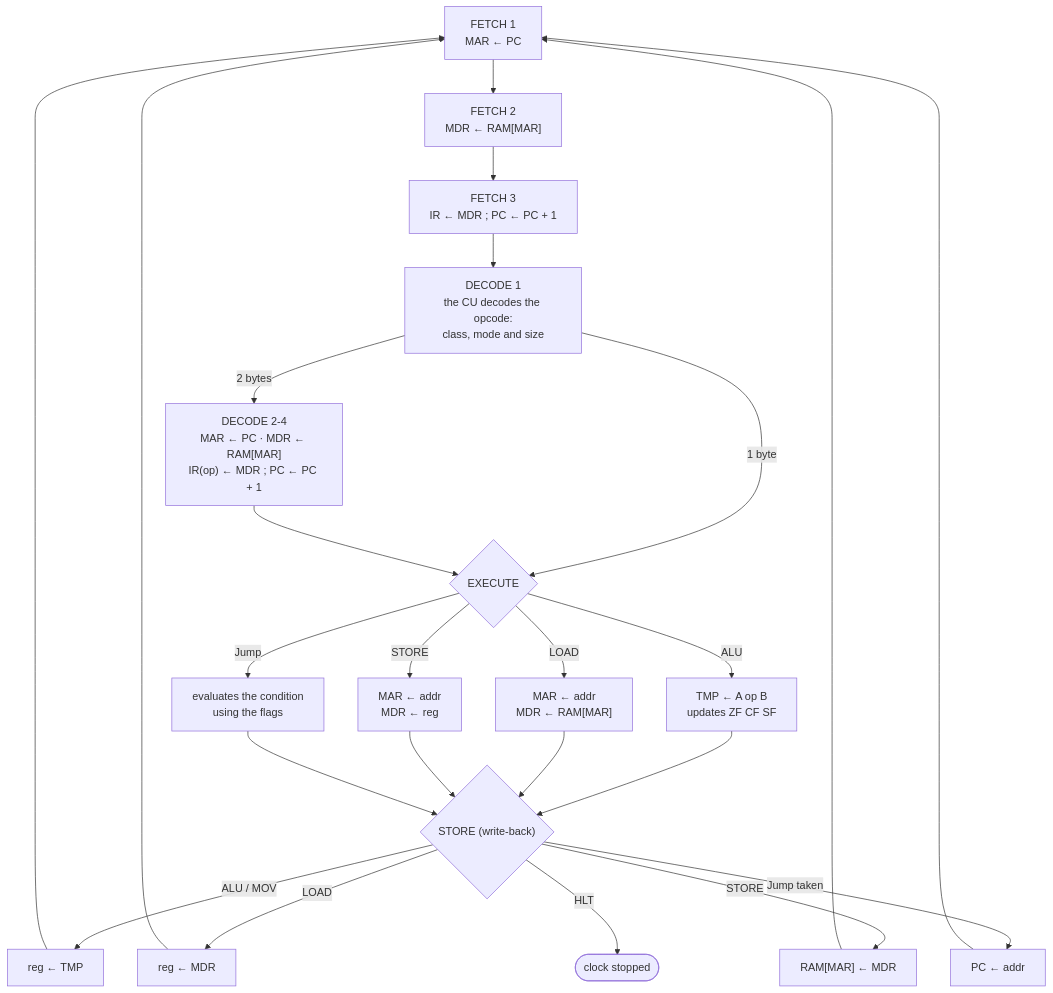
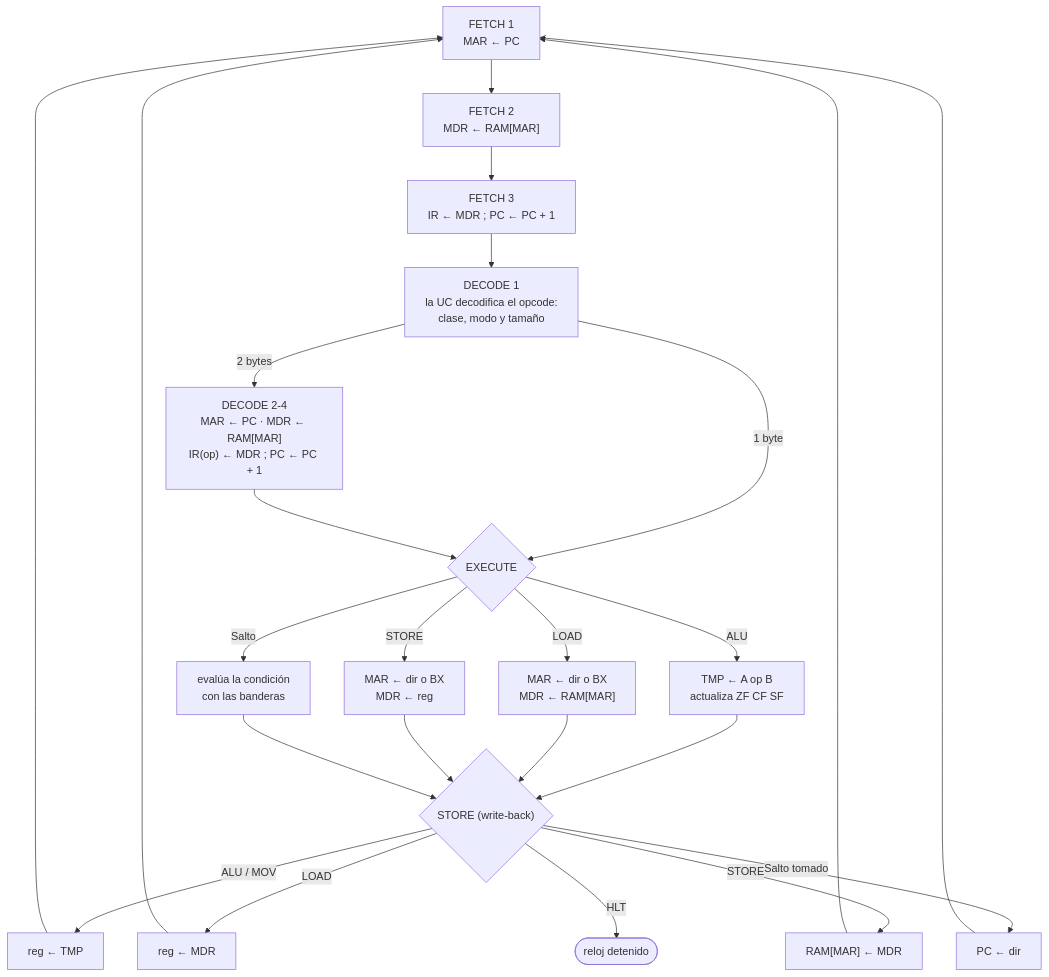
One commit to aliciabelaunde/Parcial-1-Arquitectura-de-computadoras changed the second of 2 diagrams in README.md. Above: the diagram before and after it, drawn with Mermaid. The commit also changed other lines of this file, not shown here.

````diff
--- a/README.md
+++ b/README.md
@@ -119,26 +133,26 @@
 ```mermaid
 flowchart TD
     F0["FETCH 1<br/>MAR ← PC"] --> F1["FETCH 2<br/>MDR ← RAM[MAR]"]
     F1 --> F2["FETCH 3<br/>IR ← MDR ; PC ← PC + 1"]
-    F2 --> D0["DECODE 1<br/>the CU decodes the opcode:<br/>class, mode and size"]
+    F2 --> D0["DECODE 1<br/>la UC decodifica el opcode:<br/>clase, modo y tamaño"]
     D0 -->|"2 bytes"| D1["DECODE 2-4<br/>MAR ← PC · MDR ← RAM[MAR]<br/>IR(op) ← MDR ; PC ← PC + 1"]
     D0 -->|"1 byte"| E
     D1 --> E{"EXECUTE"}
-    E -->|"ALU"| EA["TMP ← A op B<br/>updates ZF CF SF"]
-    E -->|"LOAD"| EL["MAR ← addr<br/>MDR ← RAM[MAR]"]
-    E -->|"STORE"| ES["MAR ← addr<br/>MDR ← reg"]
-    E -->|"Jump"| EJ["evaluates the condition<br/>using the flags"]
+    E -->|"ALU"| EA["TMP ← A op B<br/>actualiza ZF CF SF"]
+    E -->|"LOAD"| EL["MAR ← dir o BX<br/>MDR ← RAM[MAR]"]
+    E -->|"STORE"| ES["MAR ← dir o BX<br/>MDR ← reg"]
+    E -->|"Salto"| EJ["evalúa la condición<br/>con las banderas"]
     EA --> WB{"STORE (write-back)"}
     EL --> WB
     ES --> WB
     EJ --> WB
     WB -->|"ALU / MOV"| SA["reg ← TMP"]
     WB -->|"LOAD"| SL["reg ← MDR"]
     WB -->|"STORE"| SS["RAM[MAR] ← MDR"]
-    WB -->|"Jump taken"| SJ["PC ← addr"]
-    WB -->|"HLT"| H(["clock stopped"])
+    WB -->|"Salto tomado"| SJ["PC ← dir"]
+    WB -->|"HLT"| H(["reloj detenido"])
     SA --> F0
     SL --> F0
     SS --> F0
     SJ --> F0
 ```
````
